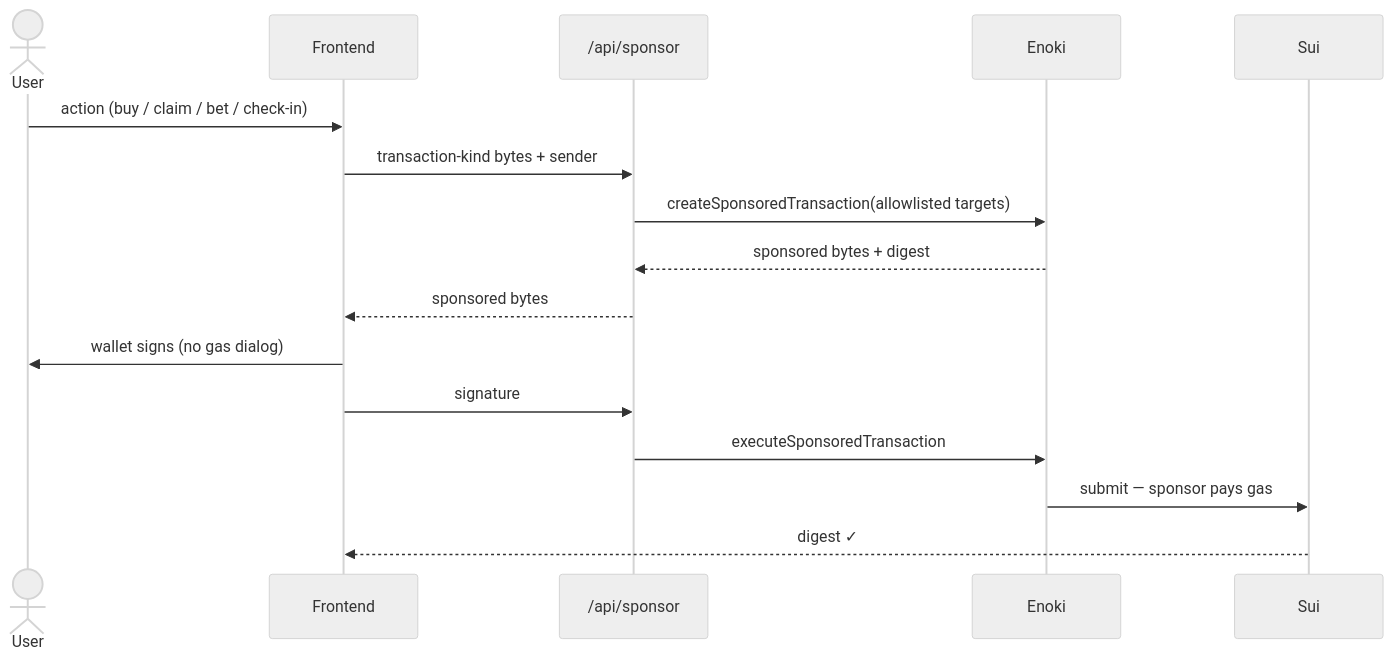
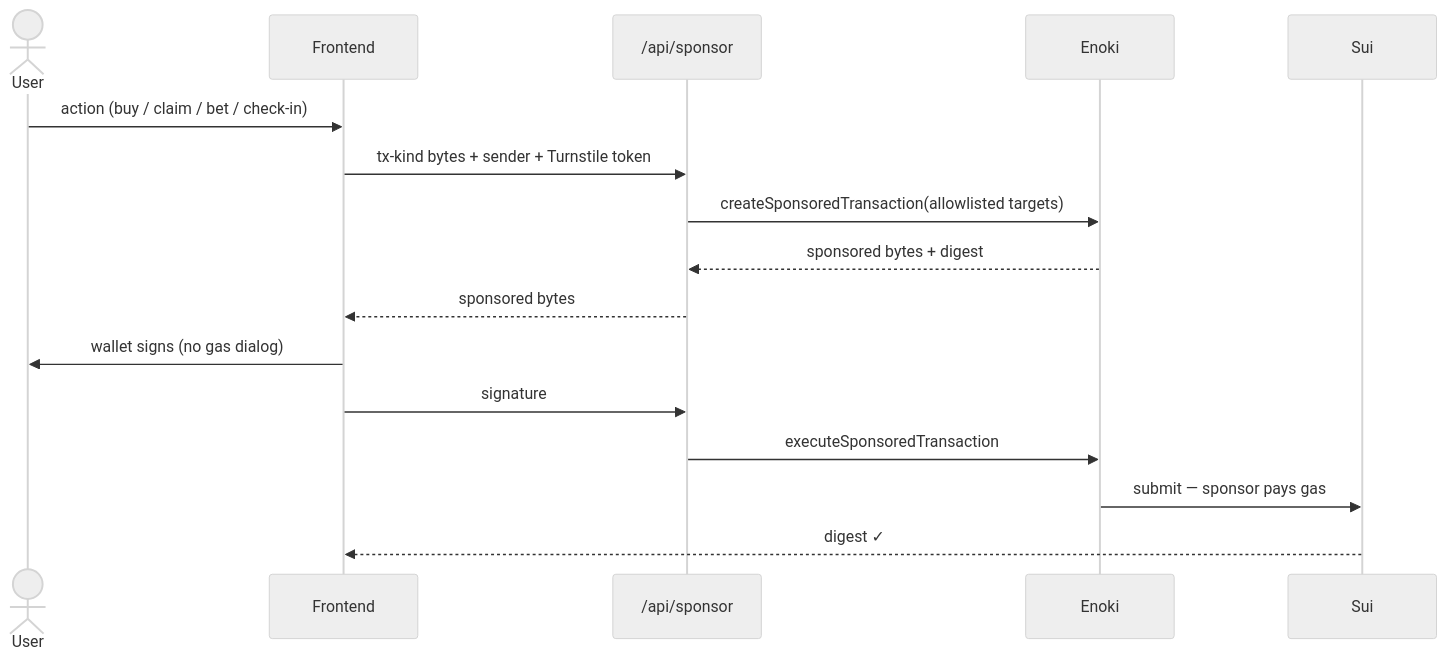
Before and after one commit to hostit-events/hostit-sui: the third of 5 diagrams in README.md, drawn with Mermaid (neutral theme). The commit also changed other lines of this file, not shown here.

````diff
--- a/README.md
+++ b/README.md
@@ -103,19 +162,19 @@
 ```mermaid
 sequenceDiagram
   actor U as User
   participant FE as Frontend
   participant API as /api/sponsor
   participant E as Enoki
   participant S as Sui
 
   U->>FE: action (buy / claim / bet / check-in)
-  FE->>API: transaction-kind bytes + sender
+  FE->>API: tx-kind bytes + sender + Turnstile token
   API->>E: createSponsoredTransaction(allowlisted targets)
   E-->>API: sponsored bytes + digest
   API-->>FE: sponsored bytes
   FE->>U: wallet signs (no gas dialog)
   FE->>API: signature
   API->>E: executeSponsoredTransaction
   E->>S: submit — sponsor pays gas
   S-->>FE: digest ✓
 ```
````
